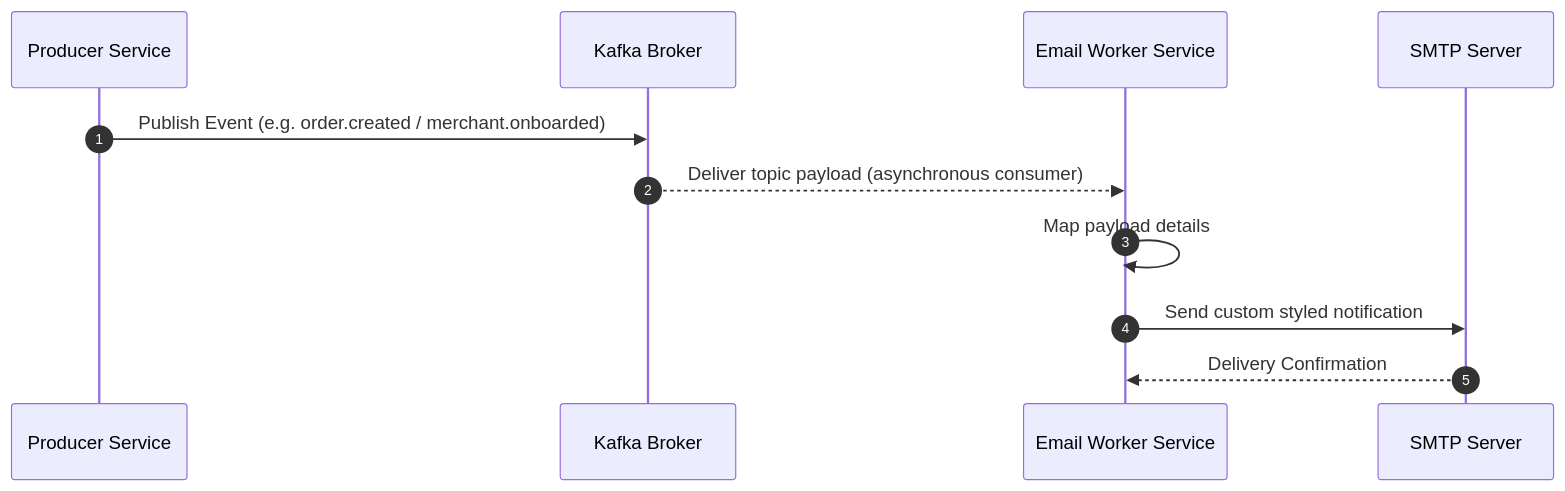
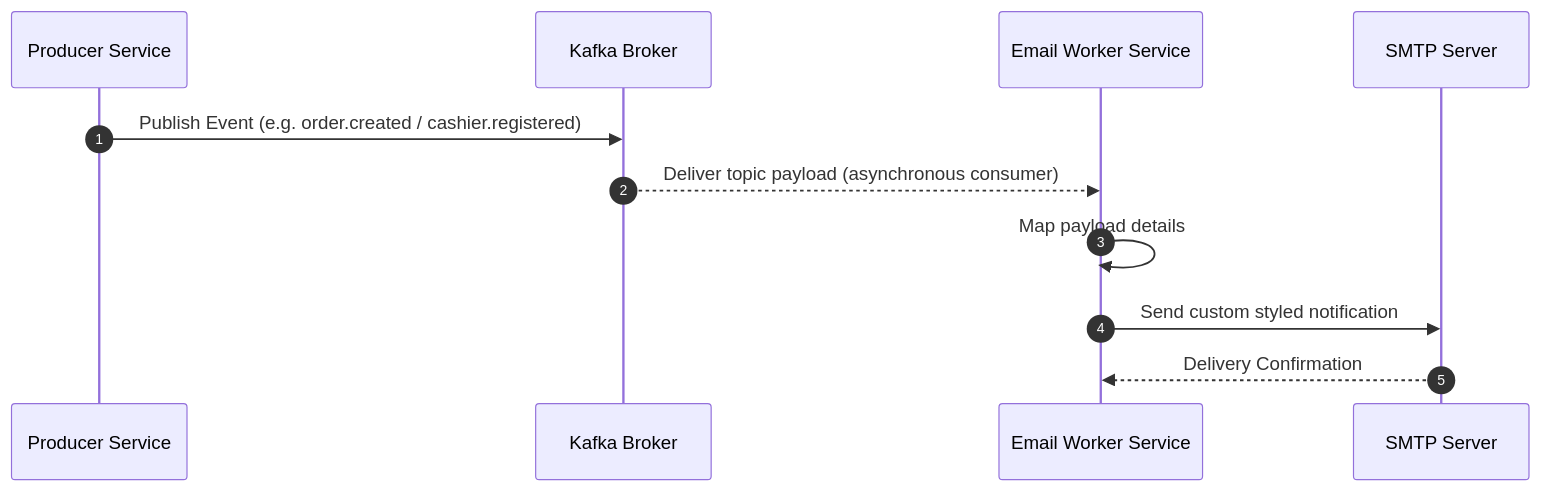
The fifth of 7 diagrams in README.md (MamangRust/modular-monolith-vertx-point-of-sale), drawn with Mermaid before and after one commit. The commit also changed other lines of this file, not shown here.

Commit message:
docs: refresh README to reflect Vert.x architecture and POS system scope

````diff
--- a/README.md
+++ b/README.md
@@ -312,14 +285,14 @@
 ```mermaid
 sequenceDiagram
     autonumber
     participant SVC as Producer Service
     participant K as Kafka Broker
     participant EMAIL as Email Worker Service
     participant SMTP as SMTP Server
 
-    SVC->>K: Publish Event (e.g. order.created / merchant.onboarded)
+    SVC->>K: Publish Event (e.g. order.created / cashier.registered)
     K-->>EMAIL: Deliver topic payload (asynchronous consumer)
     EMAIL->>EMAIL: Map payload details
     EMAIL->>SMTP: Send custom styled notification
     SMTP-->>EMAIL: Delivery Confirmation
 ```
````
